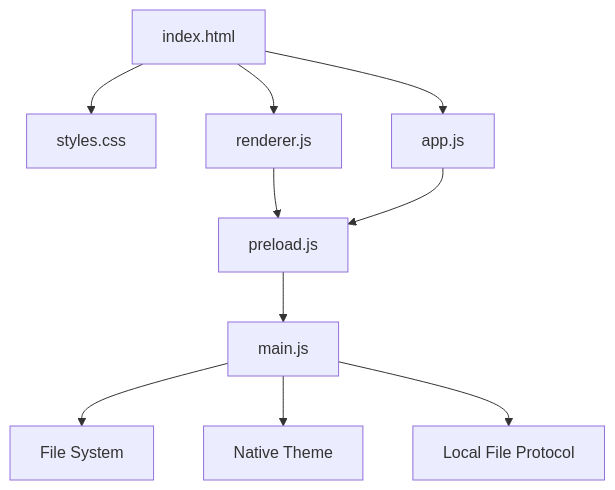
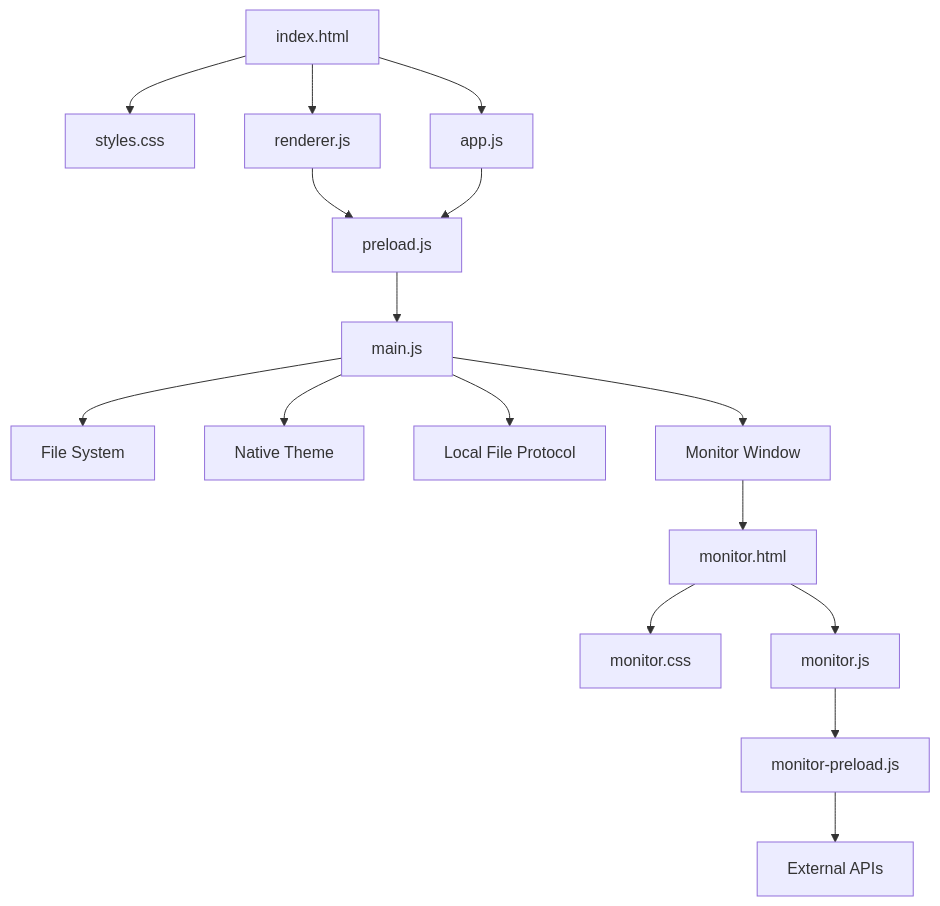
Before and after one commit to Annguyen0410/Personal-Messenger-Like-Storage-: the first of 10 diagrams in .qoder/repowiki/en/content/User Interface Components.md, drawn with Mermaid. The commit also changed other lines of this file and 10 other files, not shown here.

````diff
--- a/.qoder/repowiki/en/content/User Interface Components.md
+++ b/.qoder/repowiki/en/content/User Interface Components.md
@@ -49,12 +57,18 @@
 ```mermaid
 graph TB
 A["index.html"] --> B["styles.css"]
 A --> C["renderer.js"]
 A --> D["app.js"]
 C --> E["preload.js"]
 D --> E
 E --> F["main.js"]
 F --> G["File System"]
 F --> H["Native Theme"]
 F --> I["Local File Protocol"]
+F --> J["Monitor Window"]
+J --> K["monitor.html"]
+K --> L["monitor.css"]
+K --> M["monitor.js"]
+M --> N["monitor-preload.js"]
+N --> O["External APIs"]
 ```
````
